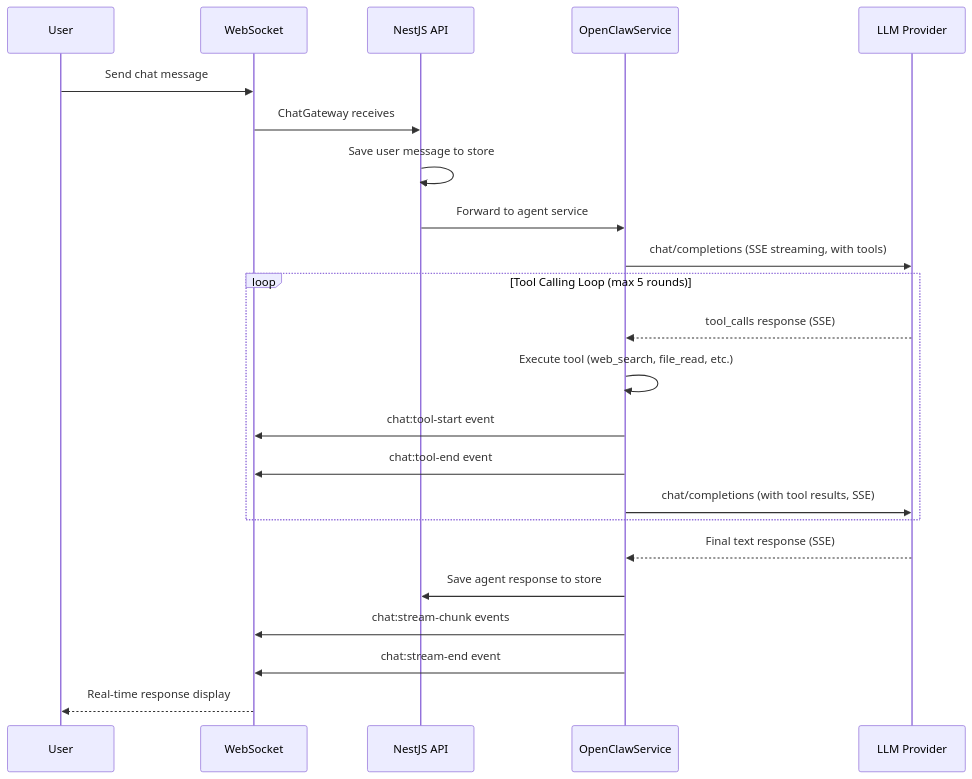
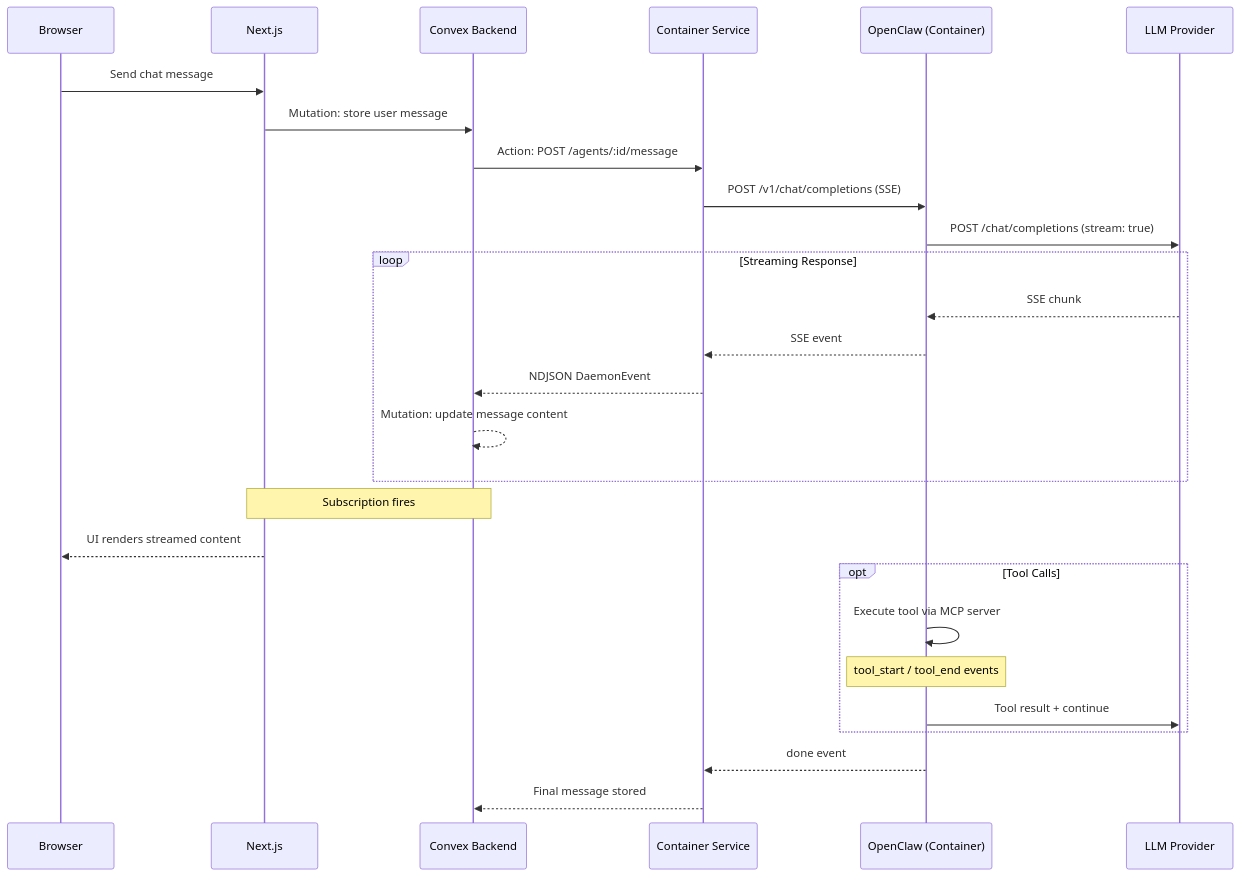
Before and after one commit to pde-rent/monokeros: the third of 4 diagrams in docs/architecture/overview.md, drawn with Mermaid. The commit also changed other lines of this file and 50 other files, not shown here.

````diff
--- a/docs/architecture/overview.md
+++ b/docs/architecture/overview.md
@@ -180,28 +167,34 @@
 ```mermaid
 sequenceDiagram
-    participant U as User
-    participant WS as WebSocket
-    participant API as NestJS API
-    participant OCS as OpenClawService
+    participant User as Browser
+    participant Next as Next.js
+    participant Convex as Convex Backend
+    participant CS as Container Service
+    participant OC as OpenClaw (Container)
     participant LLM as LLM Provider
 
-    U->>WS: Send chat message
-    WS->>API: ChatGateway receives
-    API->>API: Save user message to store
-    API->>OCS: Forward to agent service
-    OCS->>LLM: chat/completions (SSE streaming, with tools)
+    User->>Next: Send chat message
+    Next->>Convex: Mutation: store user message
+    Convex->>CS: Action: POST /agents/:id/message
+    CS->>OC: POST /v1/chat/completions (SSE)
+    OC->>LLM: POST /chat/completions (stream: true)
 
-    loop Tool Calling Loop (max 5 rounds)
-        LLM-->>OCS: tool_calls response (SSE)
-        OCS->>OCS: Execute tool (web_search, file_read, etc.)
-        OCS->>WS: chat:tool-start event
-        OCS->>WS: chat:tool-end event
-        OCS->>LLM: chat/completions (with tool results, SSE)
+    loop Streaming Response
+        LLM-->>OC: SSE chunk
+        OC-->>CS: SSE event
+        CS-->>Convex: NDJSON DaemonEvent
+        Convex-->>Convex: Mutation: update message content
     end
 
-    LLM-->>OCS: Final text response (SSE)
-    OCS->>API: Save agent response to store
-    OCS->>WS: chat:stream-chunk events
-    OCS->>WS: chat:stream-end event
-    WS-->>U: Real-time response display
+    Note over Convex,Next: Subscription fires
+    Next-->>User: UI renders streamed content
+
+    opt Tool Calls
+        OC->>OC: Execute tool via MCP server
+        Note over OC: tool_start / tool_end events
+        OC->>LLM: Tool result + continue
+    end
+
+    OC-->>CS: done event
+    CS-->>Convex: Final message stored
 ```
````
